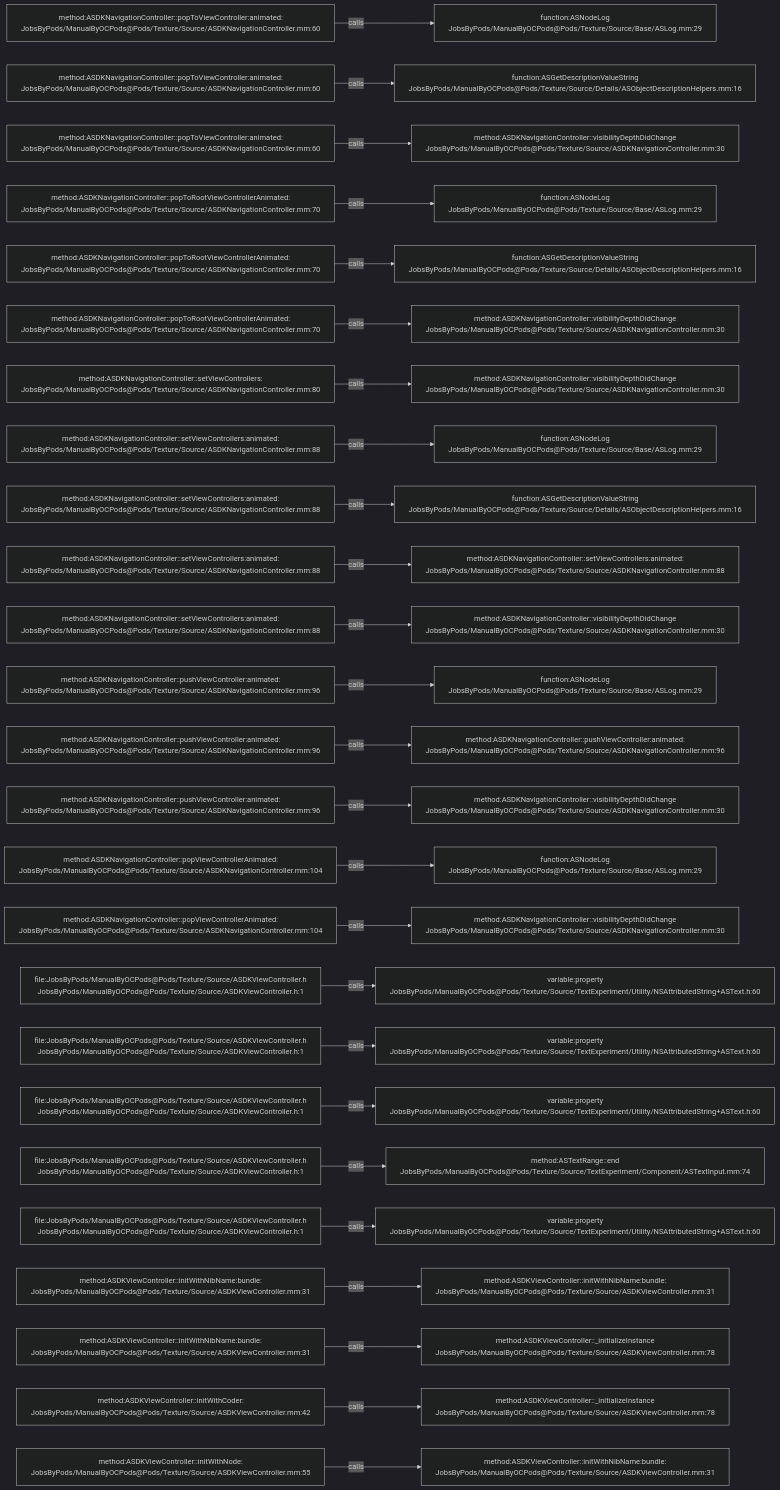
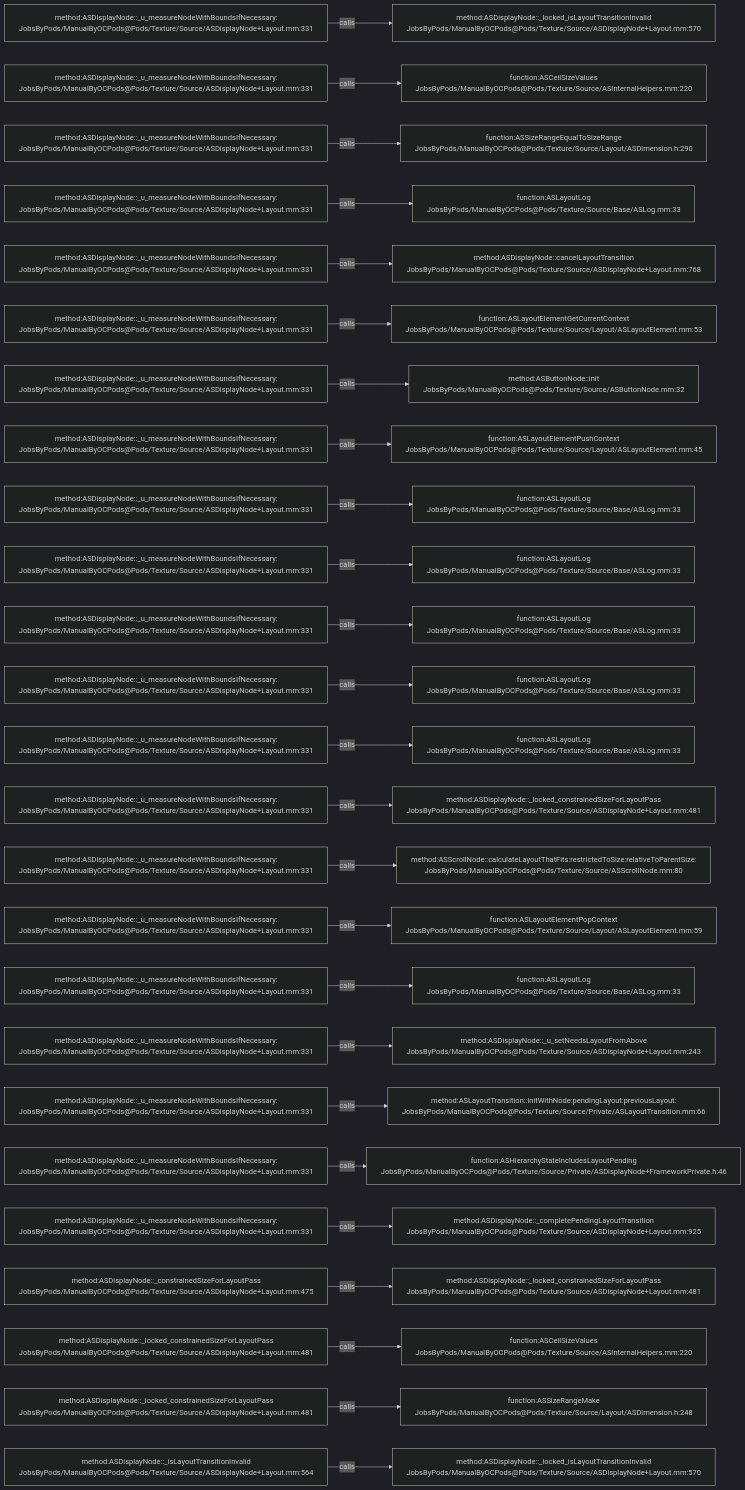
One commit to JobsKits/JobsOCBaseConfigDemo changed the diagram in .codegraph/codegraph.md/graphs/calls-089.md. Above: the diagram before and after it, drawn with Mermaid (dark theme). The commit also changed 1353 other files, not shown here.

````diff
--- a/.codegraph/codegraph.md/graphs/calls-089.md
+++ b/.codegraph/codegraph.md/graphs/calls-089.md
@@ -13,78 +13,78 @@
 ```mermaid
 flowchart LR
-  S1["method:ASDKNavigationController::popToViewController:animated:<br/>JobsByPods/ManualByOCPods@Pods/Texture/Source/ASDKNavigationController.mm:60"]
-  T1["function:ASNodeLog<br/>JobsByPods/ManualByOCPods@Pods/Texture/Source/Base/ASLog.mm:29"]
+  S1["method:ASDisplayNode::_u_measureNodeWithBoundsIfNecessary:<br/>JobsByPods/ManualByOCPods@Pods/Texture/Source/ASDisplayNode+Layout.mm:331"]
+  T1["method:ASDisplayNode::_locked_isLayoutTransitionInvalid<br/>JobsByPods/ManualByOCPods@Pods/Texture/Source/ASDisplayNode+Layout.mm:570"]
   S1 -->|calls| T1
-  S2["method:ASDKNavigationController::popToViewController:animated:<br/>JobsByPods/ManualByOCPods@Pods/Texture/Source/ASDKNavigationController.mm:60"]
-  T2["function:ASGetDescriptionValueString<br/>JobsByPods/ManualByOCPods@Pods/Texture/Source/Details/ASObjectDescriptionHelpers.mm:16"]
+  S2["method:ASDisplayNode::_u_measureNodeWithBoundsIfNecessary:<br/>JobsByPods/ManualByOCPods@Pods/Texture/Source/ASDisplayNode+Layout.mm:331"]
+  T2["function:ASCeilSizeValues<br/>JobsByPods/ManualByOCPods@Pods/Texture/Source/ASInternalHelpers.mm:220"]
   S2 -->|calls| T2
-  S3["method:ASDKNavigationController::popToViewController:animated:<br/>JobsByPods/ManualByOCPods@Pods/Texture/Source/ASDKNavigationController.mm:60"]
-  T3["method:ASDKNavigationController::visibilityDepthDidChange<br/>JobsByPods/ManualByOCPods@Pods/Texture/Source/ASDKNavigationController.mm:30"]
+  S3["method:ASDisplayNode::_u_measureNodeWithBoundsIfNecessary:<br/>JobsByPods/ManualByOCPods@Pods/Texture/Source/ASDisplayNode+Layout.mm:331"]
+  T3["function:ASSizeRangeEqualToSizeRange<br/>JobsByPods/ManualByOCPods@Pods/Texture/Source/Layout/ASDimension.h:290"]
   S3 -->|calls| T3
-  S4["method:ASDKNavigationController::popToRootViewControllerAnimated:<br/>JobsByPods/ManualByOCPods@Pods/Texture/Source/ASDKNavigationController.mm:70"]
-  T4["function:ASNodeLog<br/>JobsByPods/ManualByOCPods@Pods/Texture/Source/Base/ASLog.mm:29"]
+  S4["method:ASDisplayNode::_u_measureNodeWithBoundsIfNecessary:<br/>JobsByPods/ManualByOCPods@Pods/Texture/Source/ASDisplayNode+Layout.mm:331"]
+  T4["function:ASLayoutLog<br/>JobsByPods/ManualByOCPods@Pods/Texture/Source/Base/ASLog.mm:33"]
   S4 -->|calls| T4
-  S5["method:ASDKNavigationController::popToRootViewControllerAnimated:<br/>JobsByPods/ManualByOCPods@Pods/Texture/Source/ASDKNavigationController.mm:70"]
-  T5["function:ASGetDescriptionValueString<br/>JobsByPods/ManualByOCPods@Pods/Texture/Source/Details/ASObjectDescriptionHelpers.mm:16"]
+  S5["method:ASDisplayNode::_u_measureNodeWithBoundsIfNecessary:<br/>JobsByPods/ManualByOCPods@Pods/Texture/Source/ASDisplayNode+Layout.mm:331"]
+  T5["method:ASDisplayNode::cancelLayoutTransition<br/>JobsByPods/ManualByOCPods@Pods/Texture/Source/ASDisplayNode+Layout.mm:768"]
   S5 -->|calls| T5
-  S6["method:ASDKNavigationController::popToRootViewControllerAnimated:<br/>JobsByPods/ManualByOCPods@Pods/Texture/Source/ASDKNavigationController.mm:70"]
-  T6["method:ASDKNavigationController::visibilityDepthDidChange<br/>JobsByPods/ManualByOCPods@Pods/Texture/Source/ASDKNavigationController.mm:30"]
+  S6["method:ASDisplayNode::_u_measureNodeWithBoundsIfNecessary:<br/>JobsByPods/ManualByOCPods@Pods/Texture/Source/ASDisplayNode+Layout.mm:331"]
+  T6["function:ASLayoutElementGetCurrentContext<br/>JobsByPods/ManualByOCPods@Pods/Texture/Source/Layout/ASLayoutElement.mm:53"]
   S6 -->|calls| T6
-  S7["method:ASDKNavigationController::setViewControllers:<br/>JobsByPods/ManualByOCPods@Pods/Texture/Source/ASDKNavigationController.mm:80"]
-  T7["method:ASDKNavigationController::visibilityDepthDidChange<br/>JobsByPods/ManualByOCPods@Pods/Texture/Source/ASDKNavigationController.mm:30"]
+  S7["method:ASDisplayNode::_u_measureNodeWithBoundsIfNecessary:<br/>JobsByPods/ManualByOCPods@Pods/Texture/Source/ASDisplayNode+Layout.mm:331"]
+  T7["method:ASButtonNode::init<br/>JobsByPods/ManualByOCPods@Pods/Texture/Source/ASButtonNode.mm:32"]
   S7 -->|calls| T7
-  S8["method:ASDKNavigationController::setViewControllers:animated:<br/>JobsByPods/ManualByOCPods@Pods/Texture/Source/ASDKNavigationController.mm:88"]
-  T8["function:ASNodeLog<br/>JobsByPods/ManualByOCPods@Pods/Texture/Source/Base/ASLog.mm:29"]
+  S8["method:ASDisplayNode::_u_measureNodeWithBoundsIfNecessary:<br/>JobsByPods/ManualByOCPods@Pods/Texture/Source/ASDisplayNode+Layout.mm:331"]
+  T8["function:ASLayoutElementPushContext<br/>JobsByPods/ManualByOCPods@Pods/Texture/Source/Layout/ASLayoutElement.mm:45"]
   S8 -->|calls| T8
-  S9["method:ASDKNavigationController::setViewControllers:animated:<br/>JobsByPods/ManualByOCPods@Pods/Texture/Source/ASDKNavigationController.mm:88"]
-  T9["function:ASGetDescriptionValueString<br/>JobsByPods/ManualByOCPods@Pods/Texture/Source/Details/ASObjectDescriptionHelpers.mm:16"]
+  S9["method:ASDisplayNode::_u_measureNodeWithBoundsIfNecessary:<br/>JobsByPods/ManualByOCPods@Pods/Texture/Source/ASDisplayNode+Layout.mm:331"]
+  T9["function:ASLayoutLog<br/>JobsByPods/ManualByOCPods@Pods/Texture/Source/Base/ASLog.mm:33"]
   S9 -->|calls| T9
-  S10["method:ASDKNavigationController::setViewControllers:animated:<br/>JobsByPods/ManualByOCPods@Pods/Texture/Source/ASDKNavigationController.mm:88"]
-  T10["method:ASDKNavigationController::setViewControllers:animated:<br/>JobsByPods/ManualByOCPods@Pods/Texture/Source/ASDKNavigationController.mm:88"]
+  S10["method:ASDisplayNode::_u_measureNodeWithBoundsIfNecessary:<br/>JobsByPods/ManualByOCPods@Pods/Texture/Source/ASDisplayNode+Layout.mm:331"]
+  T10["function:ASLayoutLog<br/>JobsByPods/ManualByOCPods@Pods/Texture/Source/Base/ASLog.mm:33"]
   S10 -->|calls| T10
-  S11["method:ASDKNavigationController::setViewControllers:animated:<br/>JobsByPods/ManualByOCPods@Pods/Texture/Source/ASDKNavigationController.mm:88"]
-  T11["method:ASDKNavigationController::visibilityDepthDidChange<br/>JobsByPods/ManualByOCPods@Pods/Texture/Source/ASDKNavigationController.mm:30"]
+  S11["method:ASDisplayNode::_u_measureNodeWithBoundsIfNecessary:<br/>JobsByPods/ManualByOCPods@Pods/Texture/Source/ASDisplayNode+Layout.mm:331"]
+  T11["function:ASLayoutLog<br/>JobsByPods/ManualByOCPods@Pods/Texture/Source/Base/ASLog.mm:33"]
   S11 -->|calls| T11
-  S12["method:ASDKNavigationController::pushViewController:animated:<br/>JobsByPods/ManualByOCPods@Pods/Texture/Source/ASDKNavigationController.mm:96"]
-  T12["function:ASNodeLog<br/>JobsByPods/ManualByOCPods@Pods/Texture/Source/Base/ASLog.mm:29"]
+  S12["method:ASDisplayNode::_u_measureNodeWithBoundsIfNecessary:<br/>JobsByPods/ManualByOCPods@Pods/Texture/Source/ASDisplayNode+Layout.mm:331"]
+  T12["function:ASLayoutLog<br/>JobsByPods/ManualByOCPods@Pods/Texture/Source/Base/ASLog.mm:33"]
   S12 -->|calls| T12
-  S13["method:ASDKNavigationController::pushViewController:animated:<br/>JobsByPods/ManualByOCPods@Pods/Texture/Source/ASDKNavigationController.mm:96"]
-  T13["method:ASDKNavigationController::pushViewController:animated:<br/>JobsByPods/ManualByOCPods@Pods/Texture/Source/ASDKNavigationController.mm:96"]
+  S13["method:ASDisplayNode::_u_measureNodeWithBoundsIfNecessary:<br/>JobsByPods/ManualByOCPods@Pods/Texture/Source/ASDisplayNode+Layout.mm:331"]
+  T13["function:ASLayoutLog<br/>JobsByPods/ManualByOCPods@Pods/Texture/Source/Base/ASLog.mm:33"]
   S13 -->|calls| T13
-  S14["method:ASDKNavigationController::pushViewController:animated:<br/>JobsByPods/ManualByOCPods@Pods/Texture/Source/ASDKNavigationController.mm:96"]
-  T14["method:ASDKNavigationController::visibilityDepthDidChange<br/>JobsByPods/ManualByOCPods@Pods/Texture/Source/ASDKNavigationController.mm:30"]
+  S14["method:ASDisplayNode::_u_measureNodeWithBoundsIfNecessary:<br/>JobsByPods/ManualByOCPods@Pods/Texture/Source/ASDisplayNode+Layout.mm:331"]
+  T14["method:ASDisplayNode::_locked_constrainedSizeForLayoutPass<br/>JobsByPods/ManualByOCPods@Pods/Texture/Source/ASDisplayNode+Layout.mm:481"]
   S14 -->|calls| T14
-  S15["method:ASDKNavigationController::popViewControllerAnimated:<br/>JobsByPods/ManualByOCPods@Pods/Texture/Source/ASDKNavigationController.mm:104"]
-  T15["function:ASNodeLog<br/>JobsByPods/ManualByOCPods@Pods/Texture/Source/Base/ASLog.mm:29"]
+  S15["method:ASDisplayNode::_u_measureNodeWithBoundsIfNecessary:<br/>JobsByPods/ManualByOCPods@Pods/Texture/Source/ASDisplayNode+Layout.mm:331"]
+  T15["method:ASScrollNode::calculateLayoutThatFits:restrictedToSize:relativeToParentSize:<br/>JobsByPods/ManualByOCPods@Pods/Texture/Source/ASScrollNode.mm:80"]
   S15 -->|calls| T15
-  S16["method:ASDKNavigationController::popViewControllerAnimated:<br/>JobsByPods/ManualByOCPods@Pods/Texture/Source/ASDKNavigationController.mm:104"]
-  T16["method:ASDKNavigationController::visibilityDepthDidChange<br/>JobsByPods/ManualByOCPods@Pods/Texture/Source/ASDKNavigationController.mm:30"]
+  S16["method:ASDisplayNode::_u_measureNodeWithBoundsIfNecessary:<br/>JobsByPods/ManualByOCPods@Pods/Texture/Source/ASDisplayNode+Layout.mm:331"]
+  T16["function:ASLayoutElementPopContext<br/>JobsByPods/ManualByOCPods@Pods/Texture/Source/Layout/ASLayoutElement.mm:59"]
   S16 -->|calls| T16
-  S17["file:JobsByPods/ManualByOCPods@Pods/Texture/Source/ASDKViewController.h<br/>JobsByPods/ManualByOCPods@Pods/Texture/Source/ASDKViewController.h:1"]
-  T17["variable:property<br/>JobsByPods/ManualByOCPods@Pods/Texture/Source/TextExperiment/Utility/NSAttributedString+ASText.h:60"]
+  S17["method:ASDisplayNode::_u_measureNodeWithBoundsIfNecessary:<br/>JobsByPods/ManualByOCPods@Pods/Texture/Source/ASDisplayNode+Layout.mm:331"]
+  T17["function:ASLayoutLog<br/>JobsByPods/ManualByOCPods@Pods/Texture/Source/Base/ASLog.mm:33"]
   S17 -->|calls| T17
-  S18["file:JobsByPods/ManualByOCPods@Pods/Texture/Source/ASDKViewController.h<br/>JobsByPods/ManualByOCPods@Pods/Texture/Source/ASDKViewController.h:1"]
-  T18["variable:property<br/>JobsByPods/ManualByOCPods@Pods/Texture/Source/TextExperiment/Utility/NSAttributedString+ASText.h:60"]
+  S18["method:ASDisplayNode::_u_measureNodeWithBoundsIfNecessary:<br/>JobsByPods/ManualByOCPods@Pods/Texture/Source/ASDisplayNode+Layout.mm:331"]
+  T18["method:ASDisplayNode::_u_setNeedsLayoutFromAbove<br/>JobsByPods/ManualByOCPods@Pods/Texture/Source/ASDisplayNode+Layout.mm:243"]
   S18 -->|calls| T18
-  S19["file:JobsByPods/ManualByOCPods@Pods/Texture/Source/ASDKViewController.h<br/>JobsByPods/ManualByOCPods@Pods/Texture/Source/ASDKViewController.h:1"]
-  T19["variable:property<br/>JobsByPods/ManualByOCPods@Pods/Texture/Source/TextExperiment/Utility/NSAttributedString+ASText.h:60"]
+  S19["method:ASDisplayNode::_u_measureNodeWithBoundsIfNecessary:<br/>JobsByPods/ManualByOCPods@Pods/Texture/Source/ASDisplayNode+Layout.mm:331"]
+  T19["method:ASLayoutTransition::initWithNode:pendingLayout:previousLayout:<br/>JobsByPods/ManualByOCPods@Pods/Texture/Source/Private/ASLayoutTransition.mm:66"]
   S19 -->|calls| T19
-  S20["file:JobsByPods/ManualByOCPods@Pods/Texture/Source/ASDKViewController.h<br/>JobsByPods/ManualByOCPods@Pods/Texture/Source/ASDKViewController.h:1"]
-  T20["method:ASTextRange::end<br/>JobsByPods/ManualByOCPods@Pods/Texture/Source/TextExperiment/Component/ASTextInput.mm:74"]
+  S20["method:ASDisplayNode::_u_measureNodeWithBoundsIfNecessary:<br/>JobsByPods/ManualByOCPods@Pods/Texture/Source/ASDisplayNode+Layout.mm:331"]
+  T20["function:ASHierarchyStateIncludesLayoutPending<br/>JobsByPods/ManualByOCPods@Pods/Texture/Source/Private/ASDisplayNode+FrameworkPrivate.h:46"]
   S20 -->|calls| T20
-  S21["file:JobsByPods/ManualByOCPods@Pods/Texture/Source/ASDKViewController.h<br/>JobsByPods/ManualByOCPods@Pods/Texture/Source/ASDKViewController.h:1"]
-  T21["variable:property<br/>JobsByPods/ManualByOCPods@Pods/Texture/Source/TextExperiment/Utility/NSAttributedString+ASText.h:60"]
+  S21["method:ASDisplayNode::_u_measureNodeWithBoundsIfNecessary:<br/>JobsByPods/ManualByOCPods@Pods/Texture/Source/ASDisplayNode+Layout.mm:331"]
+  T21["method:ASDisplayNode::_completePendingLayoutTransition<br/>JobsByPods/ManualByOCPods@Pods/Texture/Source/ASDisplayNode+Layout.mm:925"]
   S21 -->|calls| T21
-  S22["method:ASDKViewController::initWithNibName:bundle:<br/>JobsByPods/ManualByOCPods@Pods/Texture/Source/ASDKViewController.mm:31"]
-  T22["method:ASDKViewController::initWithNibName:bundle:<br/>JobsByPods/ManualByOCPods@Pods/Texture/Source/ASDKViewController.mm:31"]
+  S22["method:ASDisplayNode::_constrainedSizeForLayoutPass<br/>JobsByPods/ManualByOCPods@Pods/Texture/Source/ASDisplayNode+Layout.mm:475"]
+  T22["method:ASDisplayNode::_locked_constrainedSizeForLayoutPass<br/>JobsByPods/ManualByOCPods@Pods/Texture/Source/ASDisplayNode+Layout.mm:481"]
   S22 -->|calls| T22
-  S23["method:ASDKViewController::initWithNibName:bundle:<br/>JobsByPods/ManualByOCPods@Pods/Texture/Source/ASDKViewController.mm:31"]
-  T23["method:ASDKViewController::_initializeInstance<br/>JobsByPods/ManualByOCPods@Pods/Texture/Source/ASDKViewController.mm:78"]
+  S23["method:ASDisplayNode::_locked_constrainedSizeForLayoutPass<br/>JobsByPods/ManualByOCPods@Pods/Texture/Source/ASDisplayNode+Layout.mm:481"]
+  T23["function:ASCeilSizeValues<br/>JobsByPods/ManualByOCPods@Pods/Texture/Source/ASInternalHelpers.mm:220"]
   S23 -->|calls| T23
-  S24["method:ASDKViewController::initWithCoder:<br/>JobsByPods/ManualByOCPods@Pods/Texture/Source/ASDKViewController.mm:42"]
-  T24["method:ASDKViewController::_initializeInstance<br/>JobsByPods/ManualByOCPods@Pods/Texture/Source/ASDKViewController.mm:78"]
+  S24["method:ASDisplayNode::_locked_constrainedSizeForLayoutPass<br/>JobsByPods/ManualByOCPods@Pods/Texture/Source/ASDisplayNode+Layout.mm:481"]
+  T24["function:ASSizeRangeMake<br/>JobsByPods/ManualByOCPods@Pods/Texture/Source/Layout/ASDimension.h:248"]
   S24 -->|calls| T24
-  S25["method:ASDKViewController::initWithNode:<br/>JobsByPods/ManualByOCPods@Pods/Texture/Source/ASDKViewController.mm:55"]
-  T25["method:ASDKViewController::initWithNibName:bundle:<br/>JobsByPods/ManualByOCPods@Pods/Texture/Source/ASDKViewController.mm:31"]
+  S25["method:ASDisplayNode::_isLayoutTransitionInvalid<br/>JobsByPods/ManualByOCPods@Pods/Texture/Source/ASDisplayNode+Layout.mm:564"]
+  T25["method:ASDisplayNode::_locked_isLayoutTransitionInvalid<br/>JobsByPods/ManualByOCPods@Pods/Texture/Source/ASDisplayNode+Layout.mm:570"]
   S25 -->|calls| T25
 ```
````
